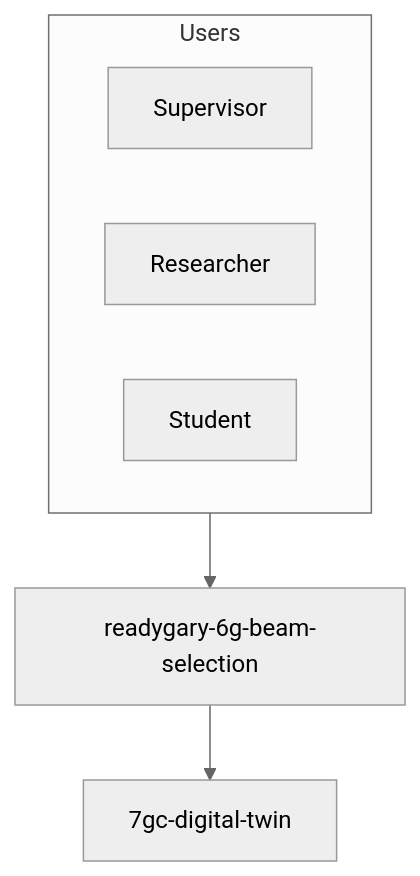
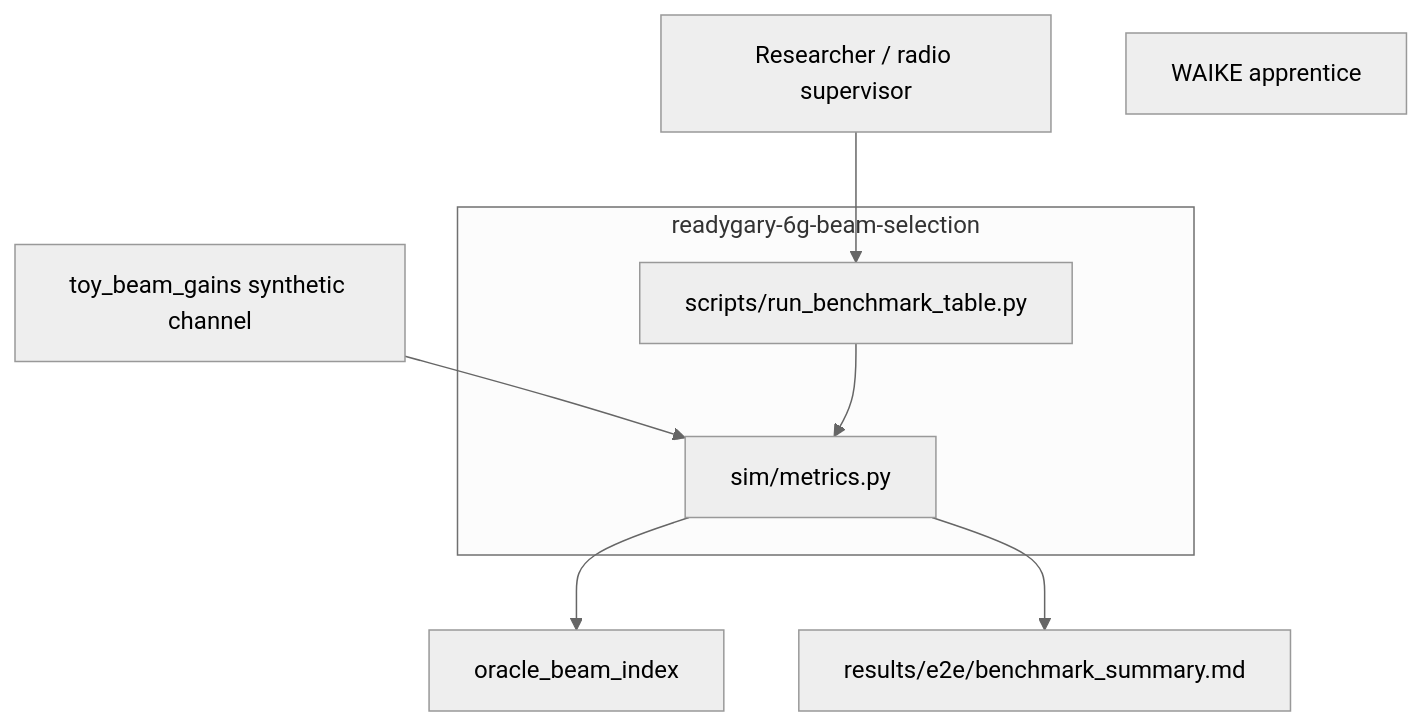
Before and after one commit to gunnchOS3k/readygary-6g-beam-selection: the diagram in docs/diagrams/context.mmd, drawn with Mermaid (neutral theme). The commit also changed 29 other files, not shown here.

First line of the commit message:
Issue audit pass: repo-specific diagrams, review-ready papers, ISSUE_AUDIT

```diff
--- a/docs/diagrams/context.mmd
+++ b/docs/diagrams/context.mmd
@@ -1,10 +1,14 @@
 flowchart TB
-  subgraph users [Users]
-    SUP[Supervisor]
-    RES[Researcher]
-    STU[Student]
+  RES[Researcher / radio supervisor]
+  STU[WAIKE apprentice]
+  subgraph SYS[readygary-6g-beam-selection]
+    SIM[sim/metrics.py]
+    BENCH[scripts/run_benchmark_table.py]
   end
-  SYS[readygary-6g-beam-selection]
-  TWIN[7gc-digital-twin]
-  users --> SYS
-  SYS --> TWIN
+  TOY[toy_beam_gains synthetic channel]
+  ORA[oracle_beam_index]
+  RES --> BENCH
+  TOY --> SIM
+  BENCH --> SIM
+  SIM --> ORA
+  SIM --> OUT[results/e2e/benchmark_summary.md]
```
